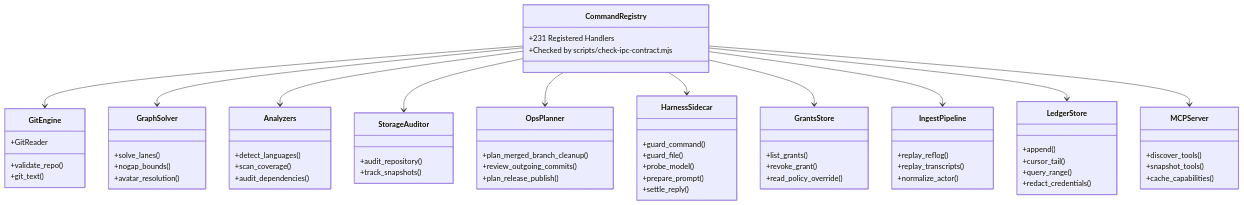
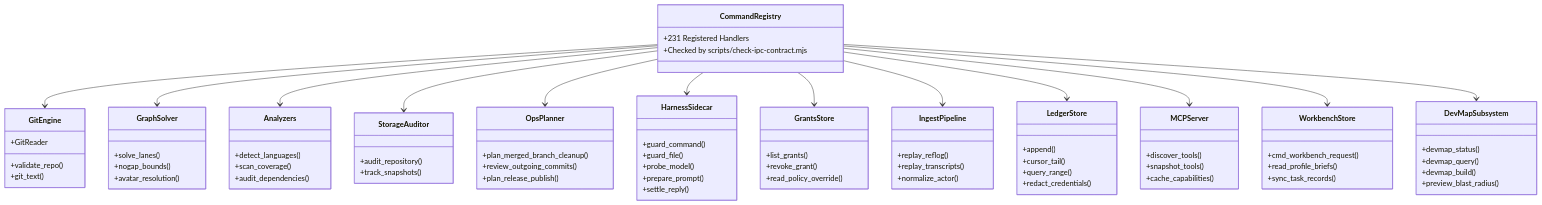
Before and after one commit to bharathvbcr/GitPulse: the third of 5 diagrams in docs/ARCHITECTURE.md, drawn with Mermaid. The commit also changed other lines of this file and 6 other files, not shown here.

First line of the commit message:
docs: modernize architecture and integration diagrams across docs and wiki

````diff
--- a/docs/ARCHITECTURE.md
+++ b/docs/ARCHITECTURE.md
@@ -240,6 +252,17 @@
         +prepare_prompt()
         +settle_reply()
     }
+    class WorkbenchStore {
+        +cmd_workbench_request()
+        +read_profile_briefs()
+        +sync_task_records()
+    }
+    class DevMapSubsystem {
+        +devmap_status()
+        +devmap_query()
+        +devmap_build()
+        +preview_blast_radius()
+    }
 
     CommandRegistry --> GitEngine
     CommandRegistry --> GraphSolver
@@ -251,4 +274,6 @@
     CommandRegistry --> IngestPipeline
     CommandRegistry --> LedgerStore
     CommandRegistry --> MCPServer
+    CommandRegistry --> WorkbenchStore
+    CommandRegistry --> DevMapSubsystem
 ```
````
